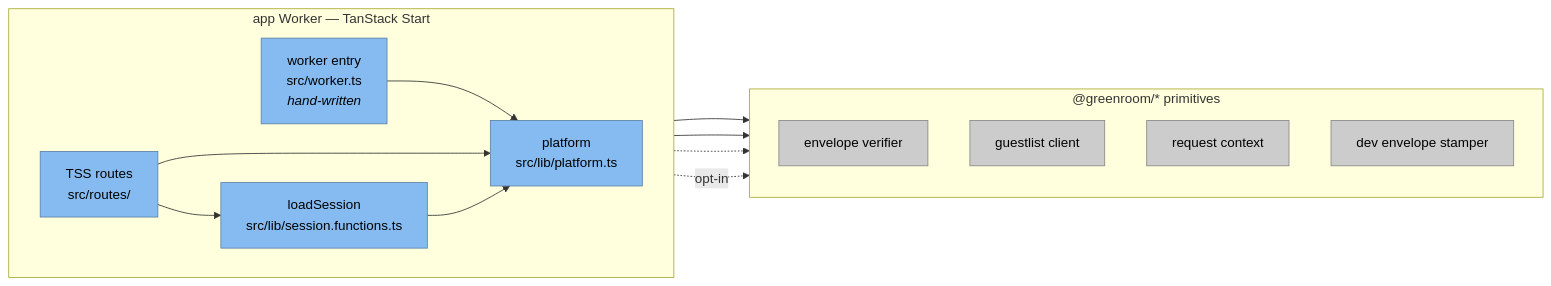
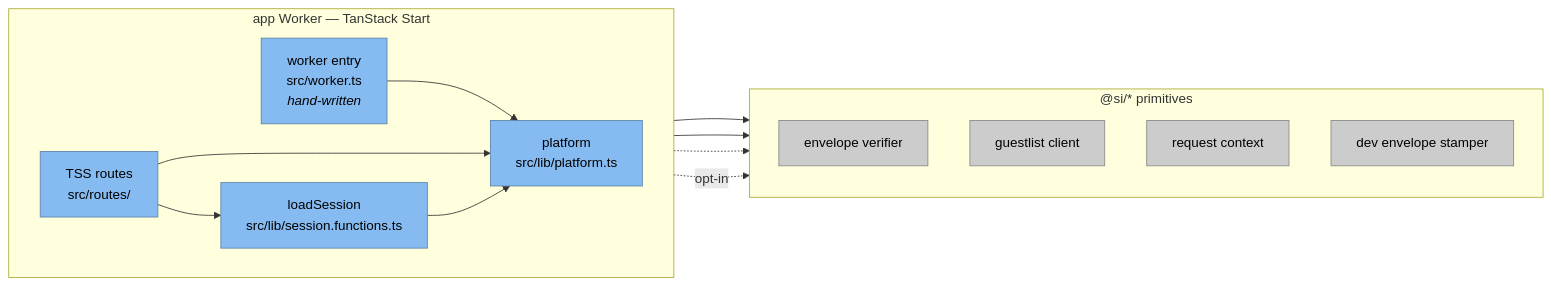
The seventh of 12 diagrams in docs/ARCHITECTURE.md (apostolos-geyer/somewhatintelligent), drawn with Mermaid before and after one commit. The commit also changed other lines of this file and 243 other files, not shown here.

````diff
--- a/docs/ARCHITECTURE.md
+++ b/docs/ARCHITECTURE.md
@@ -276,30 +276,30 @@
 ```mermaid
 flowchart LR
   subgraph idn["app Worker — TanStack Start"]
     direction LR
     w_entry[worker entry<br/>src/worker.ts<br/><i>hand-written</i>]:::cmp
     platform_obj[platform<br/>src/lib/platform.ts]:::cmp
     routes_node[TSS routes<br/>src/routes/]:::cmp
     session_fn[loadSession<br/>src/lib/session.functions.ts]:::cmp
   end
 
-  subgraph kit["@greenroom/* primitives"]
+  subgraph kit["@si/* primitives"]
     direction TB
     kit_env[envelope verifier]:::extcmp
     kit_bnc[guestlist client]:::extcmp
     kit_ctx[request context]:::extcmp
     kit_dev[dev envelope stamper]:::extcmp
   end
 
   w_entry --> platform_obj
   routes_node --> platform_obj
   routes_node --> session_fn
   session_fn --> platform_obj
   platform_obj --> kit_env
   platform_obj --> kit_bnc
   platform_obj -.-> kit_ctx
   platform_obj -.->|opt-in| kit_dev
 
   classDef cmp fill:#85bbf0,stroke:#5d82a8,color:#000
   classDef extcmp fill:#cccccc,stroke:#888,color:#000
 ```
````
